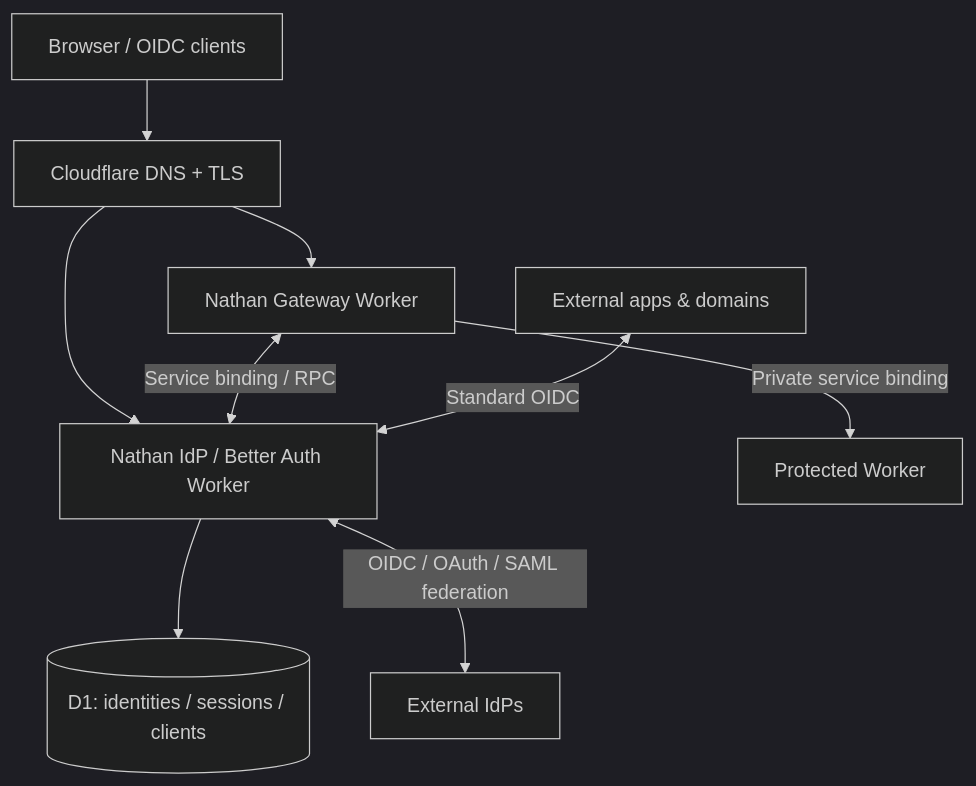
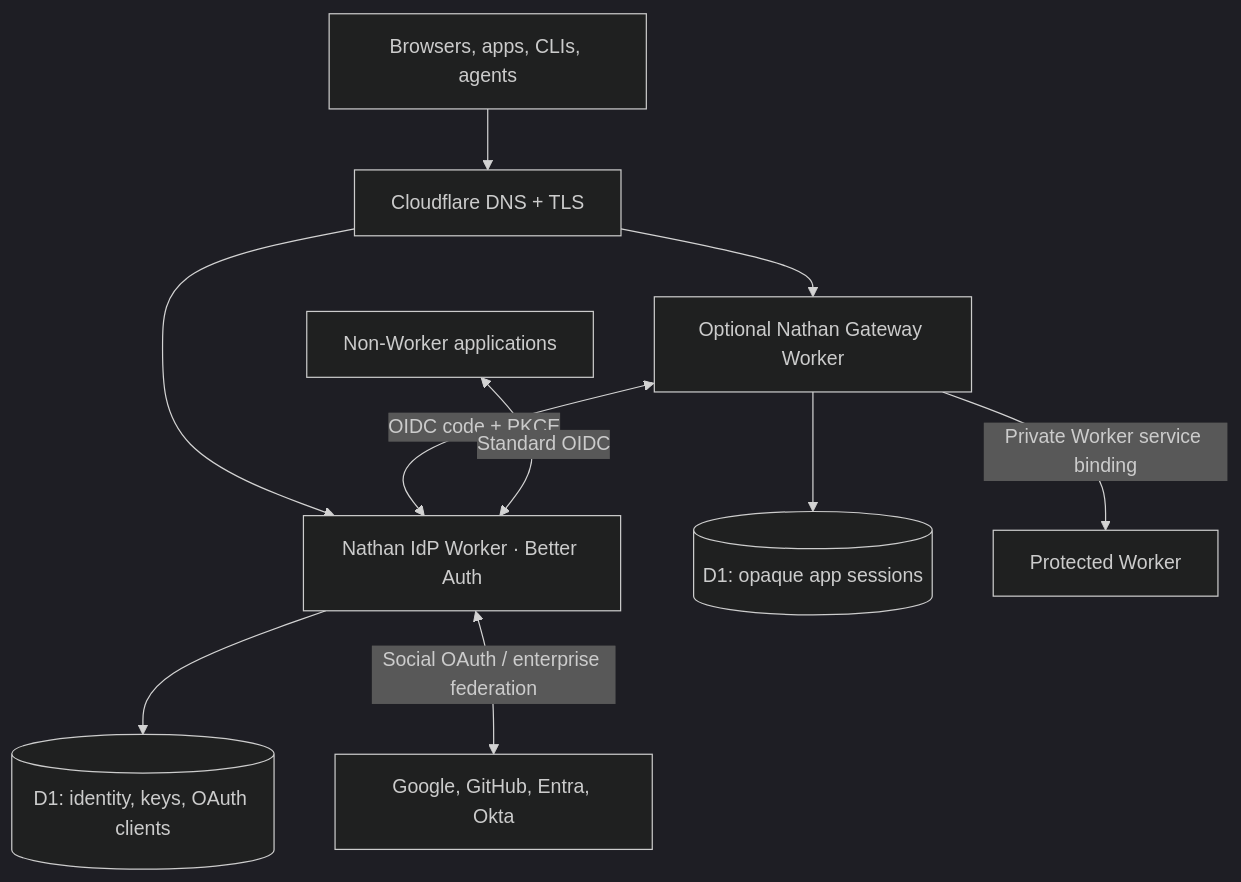
The diagram in README.md (gmackie/nathan), drawn with Mermaid (dark theme) before and after one commit. The commit also changed other lines of this file and 2 other files, not shown here.

Commit message:
docs: replace SVG with exact original Nathan naming PNG and update project status

````diff
--- a/README.md
+++ b/README.md
@@ -44,11 +20,12 @@
 ```mermaid
 flowchart TB
-  Browser[Browser / OIDC clients] --> DNS[Cloudflare DNS + TLS]
-  DNS --> Gateway[Nathan Gateway Worker]
-  DNS --> Auth[Nathan IdP / Better Auth Worker]
-  Gateway <-->|Service binding / RPC| Auth
-  Gateway -->|Private service binding| App[Protected Worker]
-  Auth --> D1[(D1: identities / sessions / clients)]
-  Auth <-->|OIDC / OAuth / SAML federation| Upstream[External IdPs]
-  Other[External apps & domains] <-->|Standard OIDC| Auth
+  Visitor["Browsers, apps, CLIs, agents"] --> CF["Cloudflare DNS + TLS"]
+  CF --> IdP["Nathan IdP Worker · Better Auth"]
+  CF --> GW["Optional Nathan Gateway Worker"]
+  IdP --> IdentityDB[("D1: identity, keys, OAuth clients")]
+  GW --> GatewayDB[("D1: opaque app sessions")]
+  GW -->|"Private Worker service binding"| Protected["Protected Worker"]
+  GW <-->|"OIDC code + PKCE"| IdP
+  IdP <-->|"Social OAuth / enterprise federation"| Upstream["Google, GitHub, Entra, Okta"]
+  External["Non-Worker applications"] <-->|"Standard OIDC"| IdP
 ```
````
